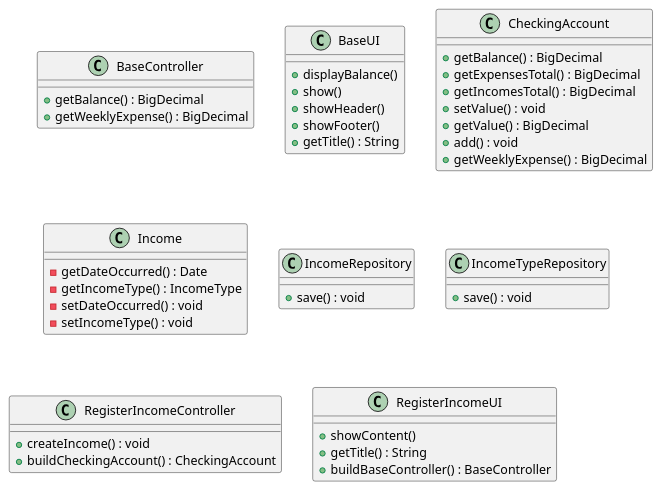
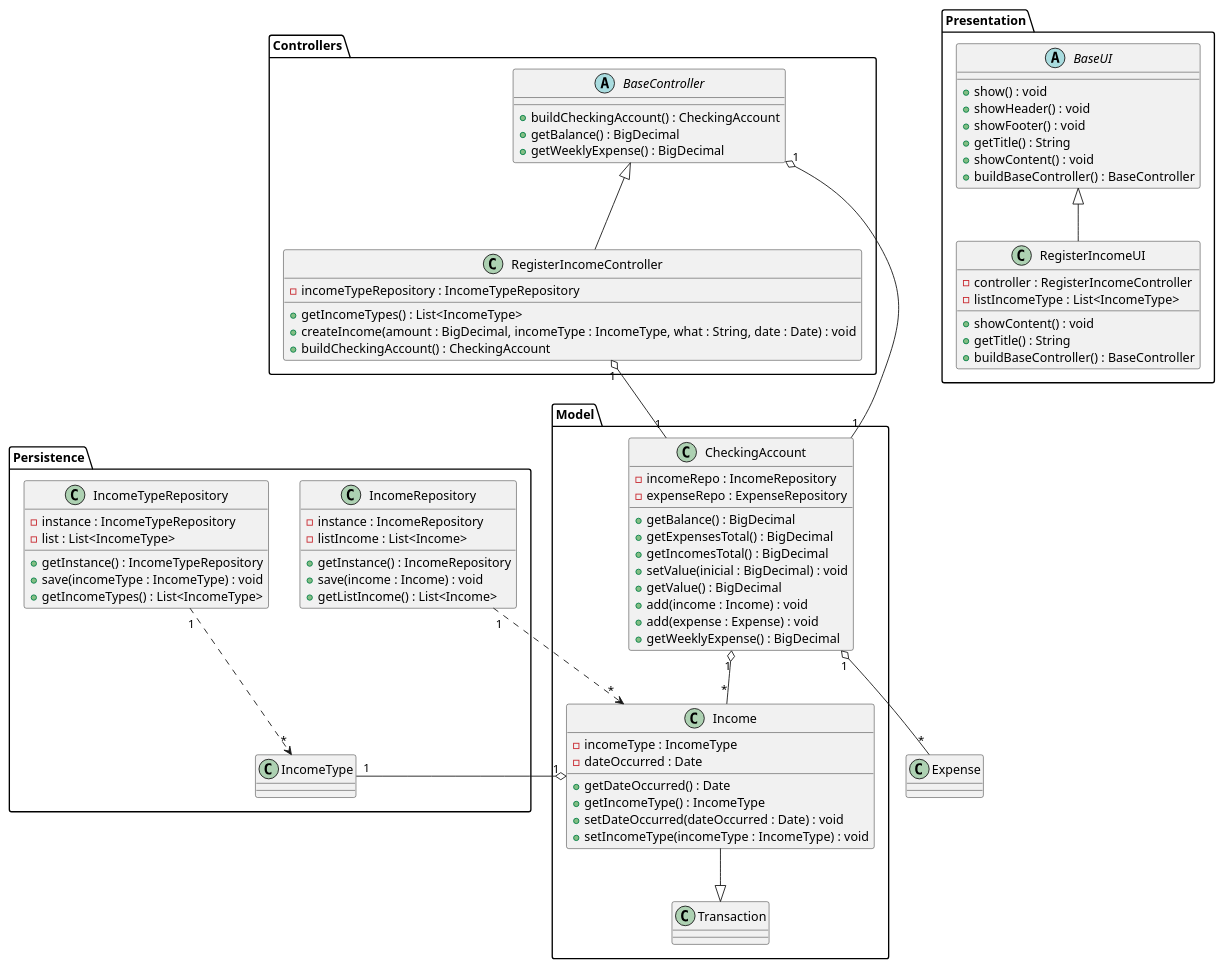
Before and after one commit to sh4r10/thesis-autogen-classdiagrams: the diagram in artefacts/controlled-experiment/project-3/t2-haf.puml, drawn with PlantUML. The commit also changed other lines of this file and 171 other files, not shown here.

```diff
--- a/artefacts/controlled-experiment/project-3/t2-haf.puml
+++ b/artefacts/controlled-experiment/project-3/t2-haf.puml
@@ -1,43 +1,94 @@
 @startuml
-class BaseController {
-    +getBalance() : BigDecimal
-    +getWeeklyExpense() : BigDecimal
+
+package Controllers {
+    abstract class BaseController {
+        + buildCheckingAccount() : CheckingAccount
+        + getBalance() : BigDecimal
+        + getWeeklyExpense() : BigDecimal
+    }
+
+    class RegisterIncomeController {
+        - incomeTypeRepository : IncomeTypeRepository
+        + getIncomeTypes() : List<IncomeType>
+        + createIncome(amount : BigDecimal, incomeType : IncomeType, what : String, date : Date) : void
+        + buildCheckingAccount() : CheckingAccount
+    }
+
+    BaseController <|-- RegisterIncomeController
 }
-class BaseUI {
-    +displayBalance()
-    +show()
-    +showHeader()
-    +showFooter()
-    +getTitle() : String
+
+package Presentation {
+    abstract class BaseUI {
+        + show() : void
+        + showHeader() : void
+        + showFooter() : void
+        + getTitle() : String
+        + showContent() : void
+        + buildBaseController() : BaseController
+    }
+
+    class RegisterIncomeUI {
+        - controller : RegisterIncomeController
+        - listIncomeType : List<IncomeType>
+        + showContent() : void
+        + getTitle() : String
+        + buildBaseController() : BaseController
+    }
+
+    BaseUI <|-- RegisterIncomeUI
 }
-class CheckingAccount {
-    +getBalance() : BigDecimal
-    +getExpensesTotal() : BigDecimal
-    +getIncomesTotal() : BigDecimal
-    +setValue() : void
-    +getValue() : BigDecimal
-    +add() : void
-    +getWeeklyExpense() : BigDecimal
+
+package Model {
+    class CheckingAccount {
+        - incomeRepo : IncomeRepository
+        - expenseRepo : ExpenseRepository
+        + getBalance() : BigDecimal
+        + getExpensesTotal() : BigDecimal
+        + getIncomesTotal() : BigDecimal
+        + setValue(inicial : BigDecimal) : void
+        + getValue() : BigDecimal
+        + add(income : Income) : void
+        + add(expense : Expense) : void
+        + getWeeklyExpense() : BigDecimal
+    }
+
+    class Income {
+        - incomeType : IncomeType
+        - dateOccurred : Date
+        + getDateOccurred() : Date
+        + getIncomeType() : IncomeType
+        + setDateOccurred(dateOccurred : Date) : void
+        + setIncomeType(incomeType : IncomeType) : void
+    }
+
+    Income --|> Transaction
 }
-class Income {
-    -getDateOccurred() : Date
-    -getIncomeType() : IncomeType
-    -setDateOccurred() : void
-    -setIncomeType() : void
+
+package Persistence {
+    class IncomeRepository {
+        - instance : IncomeRepository
+        - listIncome : List<Income>
+        + getInstance() : IncomeRepository
+        + save(income : Income) : void
+        + getListIncome() : List<Income>
+    }
+
+    class IncomeTypeRepository {
+        - instance : IncomeTypeRepository
+        - list : List<IncomeType>
+        + getInstance() : IncomeTypeRepository
+        + save(incomeType : IncomeType) : void
+        + getIncomeTypes() : List<IncomeType>
+    }
+
+    IncomeRepository "1" ..> "*" Income
+    IncomeTypeRepository "1" ..> "*" IncomeType
 }
-class IncomeRepository {
-    +save() : void
-}
-class IncomeTypeRepository {
-    +save() : void
-}
-class RegisterIncomeController {
-    +createIncome() : void
-    +buildCheckingAccount() : CheckingAccount
-}
-class RegisterIncomeUI {
-    +showContent()
-    +getTitle() : String
-    +buildBaseController() : BaseController
-}
+
+BaseController "1" o-- "1" CheckingAccount
+RegisterIncomeController "1" o-- "1" CheckingAccount
+CheckingAccount "1" o-- "*" Income
+CheckingAccount "1" o-- "*" Expense
+Income "1" o-- "1" IncomeType
+
 @enduml
```
